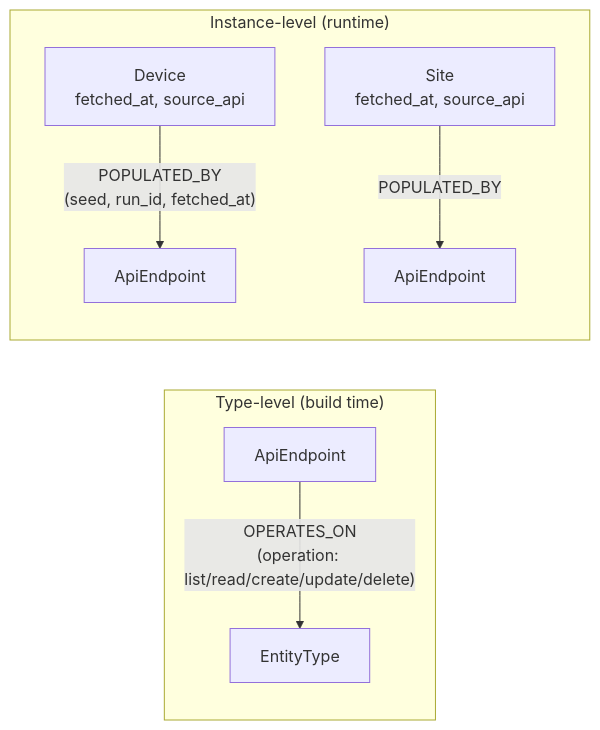
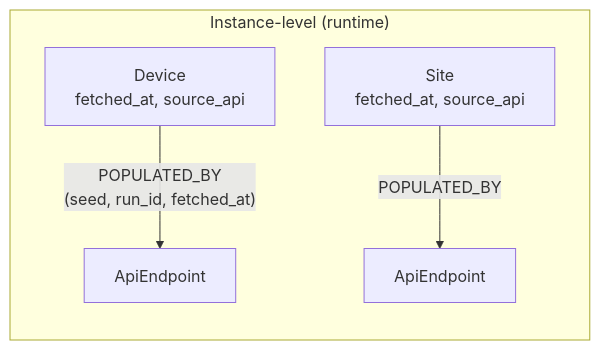
Before and after one commit to tbelz/hpe-networking-central-mcp: the second of 3 diagrams in README.md, drawn with Mermaid. The commit also changed other lines of this file and 28 other files, not shown here.

First line of the commit message:
Remove entity mapping and schema generator modules

````diff
--- a/README.md
+++ b/README.md
@@ -104,11 +102,7 @@
 ```mermaid
 graph LR
-    subgraph "Type-level (build time)"
-        EP[ApiEndpoint] -->|"OPERATES_ON<br/>(operation: list/read/create/update/delete)"| ET[EntityType]
-    end
-
     subgraph "Instance-level (runtime)"
         D[Device<br/>fetched_at, source_api] -->|"POPULATED_BY<br/>(seed, run_id, fetched_at)"| EP2[ApiEndpoint]
         S[Site<br/>fetched_at, source_api] -->|POPULATED_BY| EP3[ApiEndpoint]
     end
 ```
````
